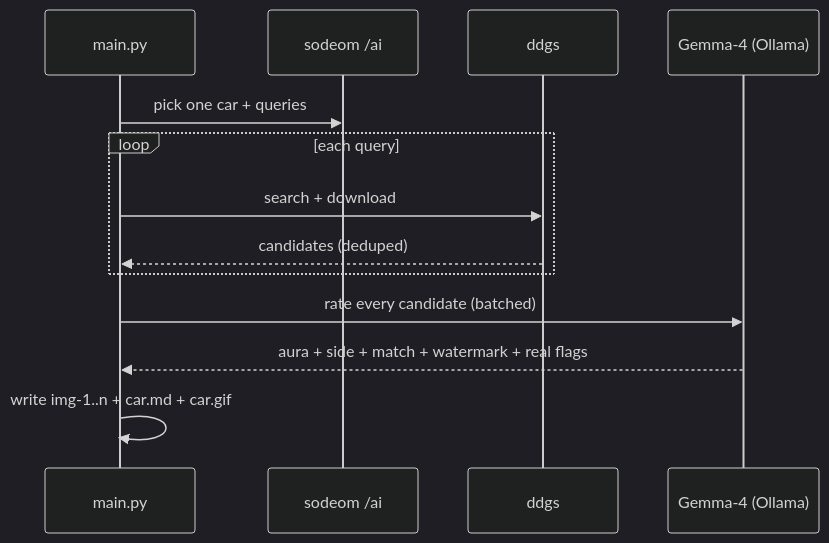
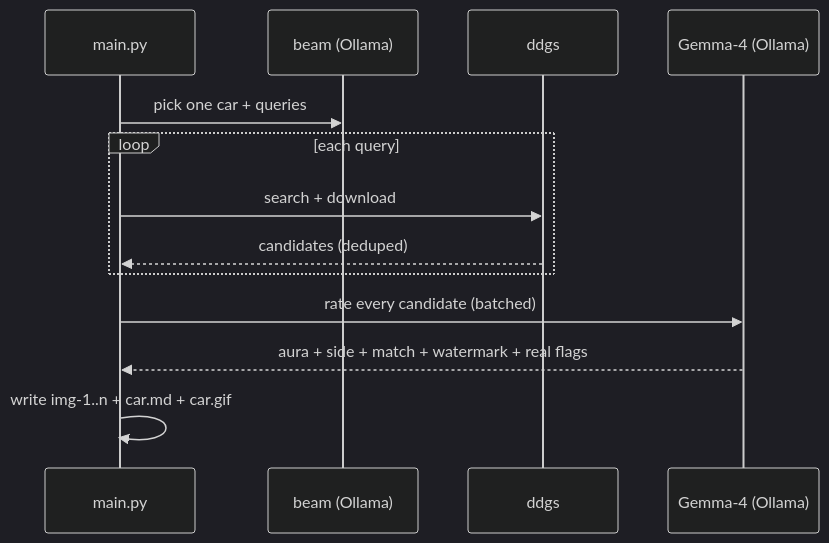
Before and after one commit to Abdulhadi446/image-collector: the third of 3 diagrams in README.md, drawn with Mermaid (dark theme). The commit also changed other lines of this file and 10 other files, not shown here.

Commit message:
Migrate car planning from sodeom/ to Ollama beam; improve upload

````diff
--- a/README.md
+++ b/README.md
@@ -132,15 +132,15 @@
 ```mermaid
 sequenceDiagram
     participant M as main.py
-    participant S as sodeom /ai
+    participant P as beam (Ollama)
     participant D as ddgs
     participant G as Gemma-4 (Ollama)
-    M->>S: pick one car + queries
+    M->>P: pick one car + queries
     loop each query
         M->>D: search + download
         D-->>M: candidates (deduped)
     end
     M->>G: rate every candidate (batched)
     G-->>M: aura + side + match + watermark + real flags
     M->>M: write img-1..n + car.md + car.gif
 ```
````
